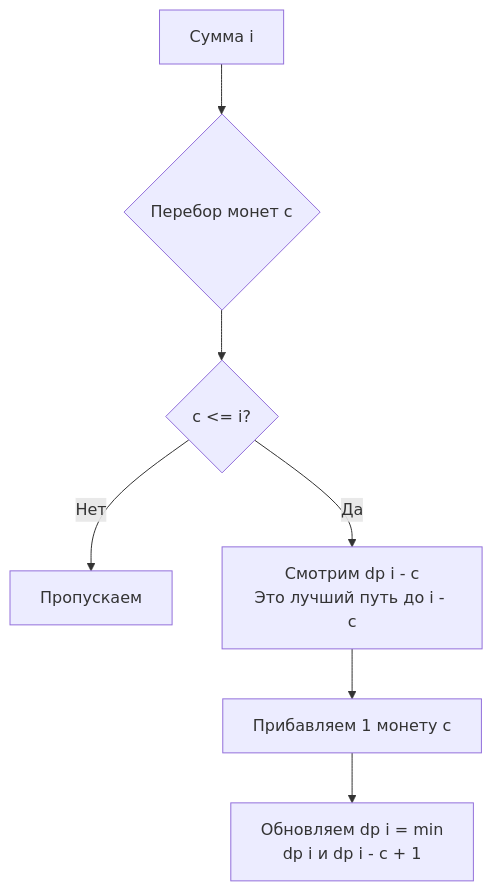
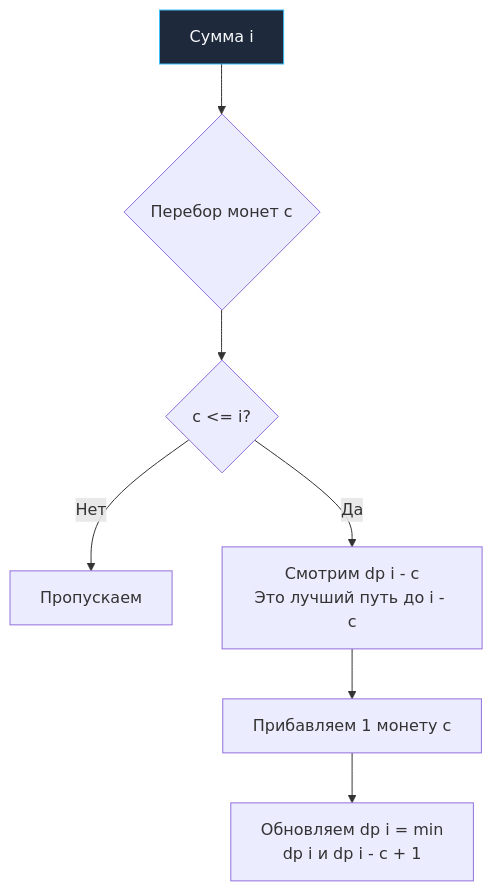
Before and after one commit to UnrealTemplier/go-textbook: the diagram in sources/21. Задачи с LeetCode и собеседований на Go/02. Задачи/18. Динамическое программирование 1D/6. Coin Change.md, drawn with Mermaid. The commit also changed 1666 other files, not shown here.

First line of the commit message:
feat(mermaid): add semantic color classDef to 1369 colorless flowchart/graph diagrams

````diff
--- a/sources/21. Задачи с LeetCode и собеседований на Go/02. Задачи/18. Динамическое программирование 1D/6. Coin Change.md
+++ b/sources/21. Задачи с LeetCode и собеседований на Go/02. Задачи/18. Динамическое программирование 1D/6. Coin Change.md
@@ -70,9 +70,19 @@
 ```mermaid
 flowchart TD
-    A["Сумма i"] --> B{"Перебор монет c"}
+    classDef process  fill:#1e293b,stroke:#38bdf8,stroke-width:1px,color:#f8fafc
+    classDef success  fill:#064e3b,stroke:#34d399,stroke-width:1px,color:#f8fafc
+    classDef error    fill:#7f1d1d,stroke:#f87171,stroke-width:1px,color:#f8fafc
+    classDef warning  fill:#78350f,stroke:#fbbf24,stroke-width:1px,color:#f8fafc
+    classDef entry    fill:#1e3a5f,stroke:#38bdf8,stroke-width:2px,color:#f8fafc
+    classDef aux      fill:#334155,stroke:#64748b,stroke-width:1px,color:#f8fafc
+    classDef system   fill:#312e81,stroke:#a78bfa,stroke-width:1px,color:#f8fafc
+    classDef data     fill:#132d29,stroke:#2dd4bf,stroke-width:1px,color:#f8fafc
+    classDef network  fill:#881337,stroke:#fb7185,stroke-width:1px,color:#f8fafc
+    classDef accent   fill:#1e1b4b,stroke:#818cf8,stroke-width:1px,color:#f8fafc
+    A["Сумма i"]:::process --> B{"Перебор монет c"}
     B --> C{"c <= i?"}
     C -- "Нет" --> D["Пропускаем"]
     C -- "Да" --> E["Смотрим dp i - c<br>Это лучший путь до i - c"]
     E --> F["Прибавляем 1 монету c"]
     F --> G["Обновляем dp i = min<br>dp i и dp i - c + 1"]
 ```
````
